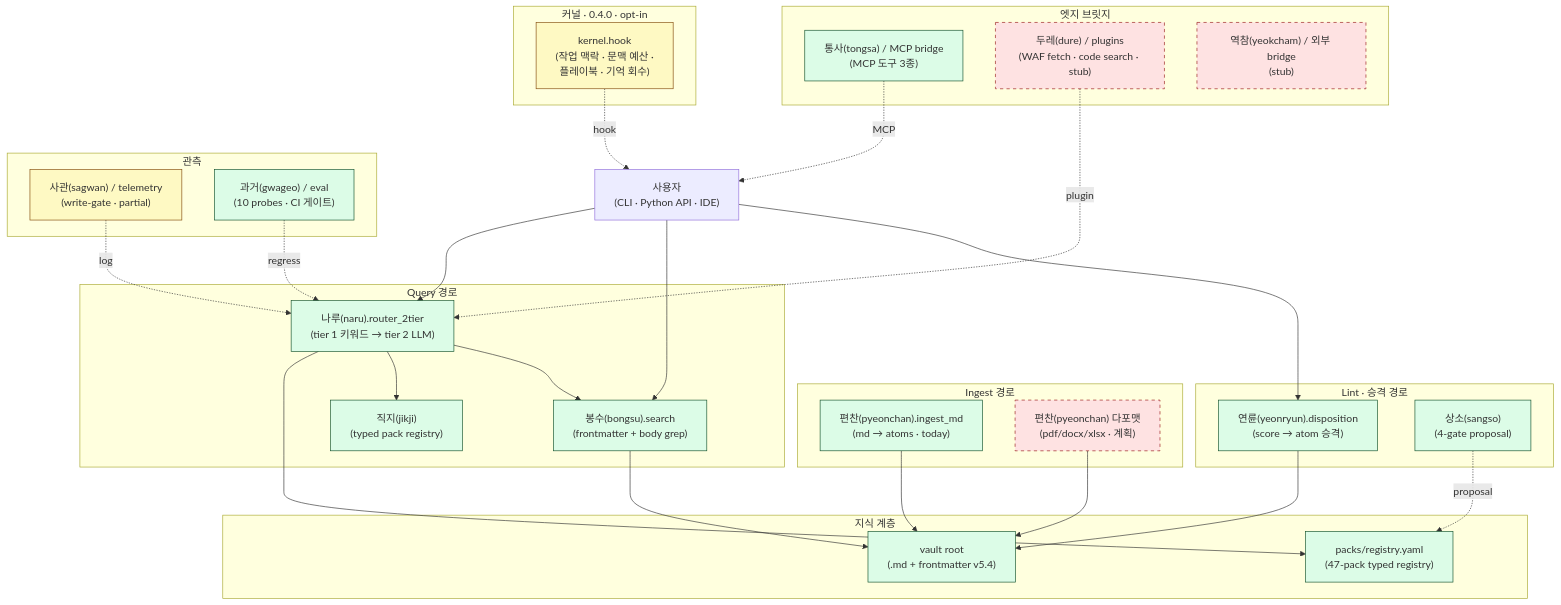
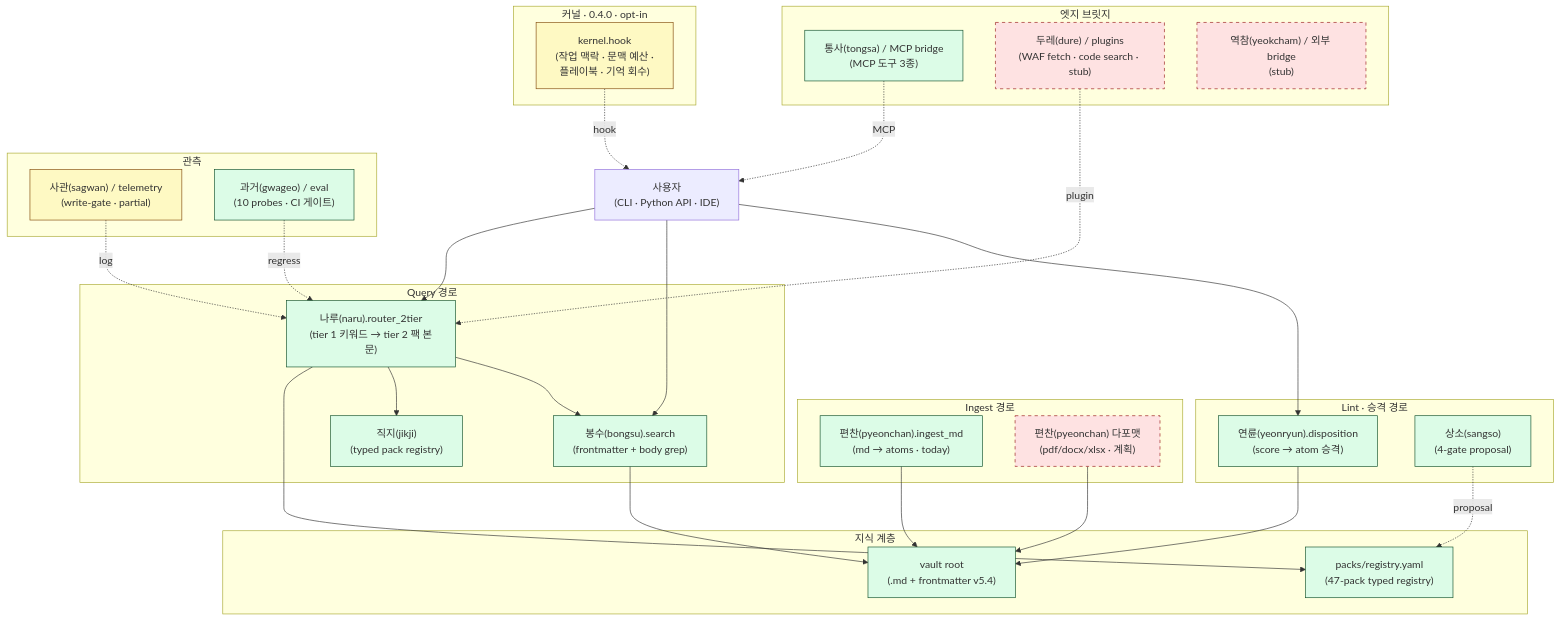
One commit to sillok-os/sillok changed the second of 2 diagrams in README.ko.md. Above: the diagram before and after it, drawn with Mermaid. The commit also changed other lines of this file and 7 other files, not shown here.

````diff
--- a/README.ko.md
+++ b/README.ko.md
@@ -94,64 +94,64 @@
 ```mermaid
 flowchart TB
     subgraph CORPUS["지식 계층"]
         VAULTROOT["vault root<br/>(.md + frontmatter v5.4)"]
         REGISTRY["packs/registry.yaml<br/>(47-pack typed registry)"]
     end
 
     subgraph INGEST["Ingest 경로"]
         PYEON["편찬(pyeonchan).ingest_md<br/>(md → atoms · today)"]
         PYEON_F["편찬(pyeonchan) 다포맷<br/>(pdf/docx/xlsx · 계획)"]
     end
 
     subgraph QUERY["Query 경로"]
         BONGSU["봉수(bongsu).search<br/>(frontmatter + body grep)"]
-        NARU["나루(naru).router_2tier<br/>(tier 1 키워드 → tier 2 LLM)"]
+        NARU["나루(naru).router_2tier<br/>(tier 1 키워드 → tier 2 팩 본문)"]
         JIKJI["직지(jikji)<br/>(typed pack registry)"]
     end
 
     subgraph LINT["Lint · 승격 경로"]
         YEON["연륜(yeonryun).disposition<br/>(score → atom 승격)"]
         SANGSO["상소(sangso)<br/>(4-gate proposal)"]
     end
 
     subgraph OBS["관측"]
         SAGWAN["사관(sagwan) / telemetry<br/>(write-gate · partial)"]
         GWAGEO["과거(gwageo) / eval<br/>(10 probes · CI 게이트)"]
     end
 
     subgraph BRIDGES["엣지 브릿지"]
         TONGSA["통사(tongsa) / MCP bridge<br/>(MCP 도구 3종)"]
         DURE["두레(dure) / plugins<br/>(WAF fetch · code search · stub)"]
         YEOK["역참(yeokcham) / 외부 bridge<br/>(stub)"]
     end
 
     subgraph KERNEL_G["커널 · 0.4.0 · opt-in"]
         KERNEL["kernel.hook<br/>(작업 맥락 · 문맥 예산 ·<br/>플레이북 · 기억 회수)"]
     end
 
     USER["사용자<br/>(CLI · Python API · IDE)"]
 
     USER --> NARU
     NARU --> REGISTRY
     NARU --> JIKJI
     NARU --> BONGSU
     BONGSU --> VAULTROOT
     USER --> BONGSU
     USER --> YEON
     YEON --> VAULTROOT
     PYEON --> VAULTROOT
     PYEON_F --> VAULTROOT
     SANGSO -.proposal.-> REGISTRY
     SAGWAN -.log.-> NARU
     GWAGEO -.regress.-> NARU
     TONGSA -.MCP.-> USER
     DURE -.plugin.-> NARU
     KERNEL -.hook.-> USER
 
     classDef stub fill:#fee2e2,stroke:#991b1b,stroke-dasharray: 5 5
     classDef live fill:#dcfce7,stroke:#14532d
     classDef partial fill:#fef9c3,stroke:#854d0e
     class BONGSU,NARU,YEON,PYEON,VAULTROOT,REGISTRY,JIKJI,SANGSO,GWAGEO,TONGSA live
     class SAGWAN,KERNEL partial
     class DURE,YEOK,PYEON_F stub
 ```
````
